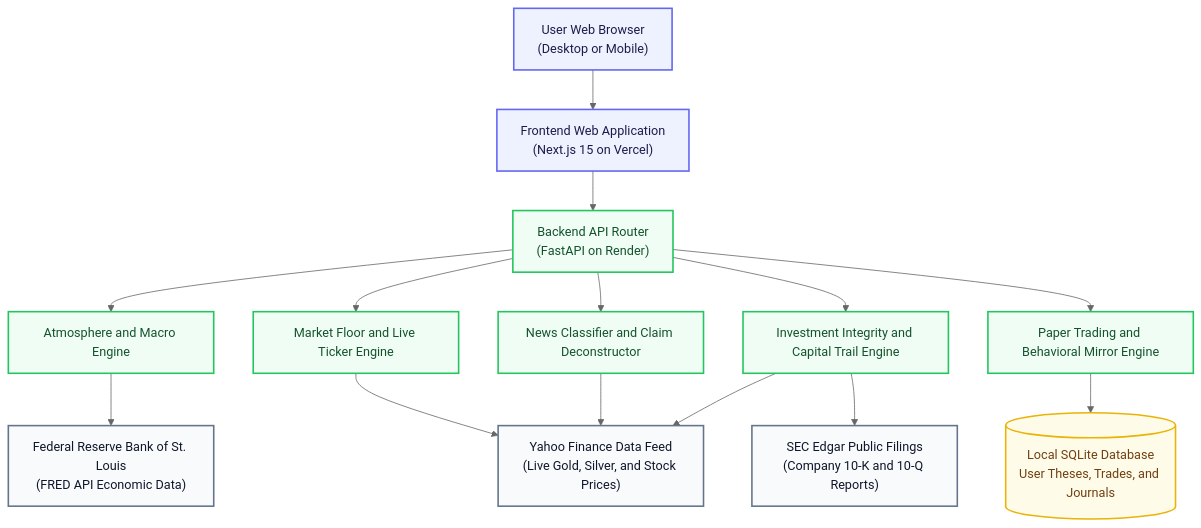
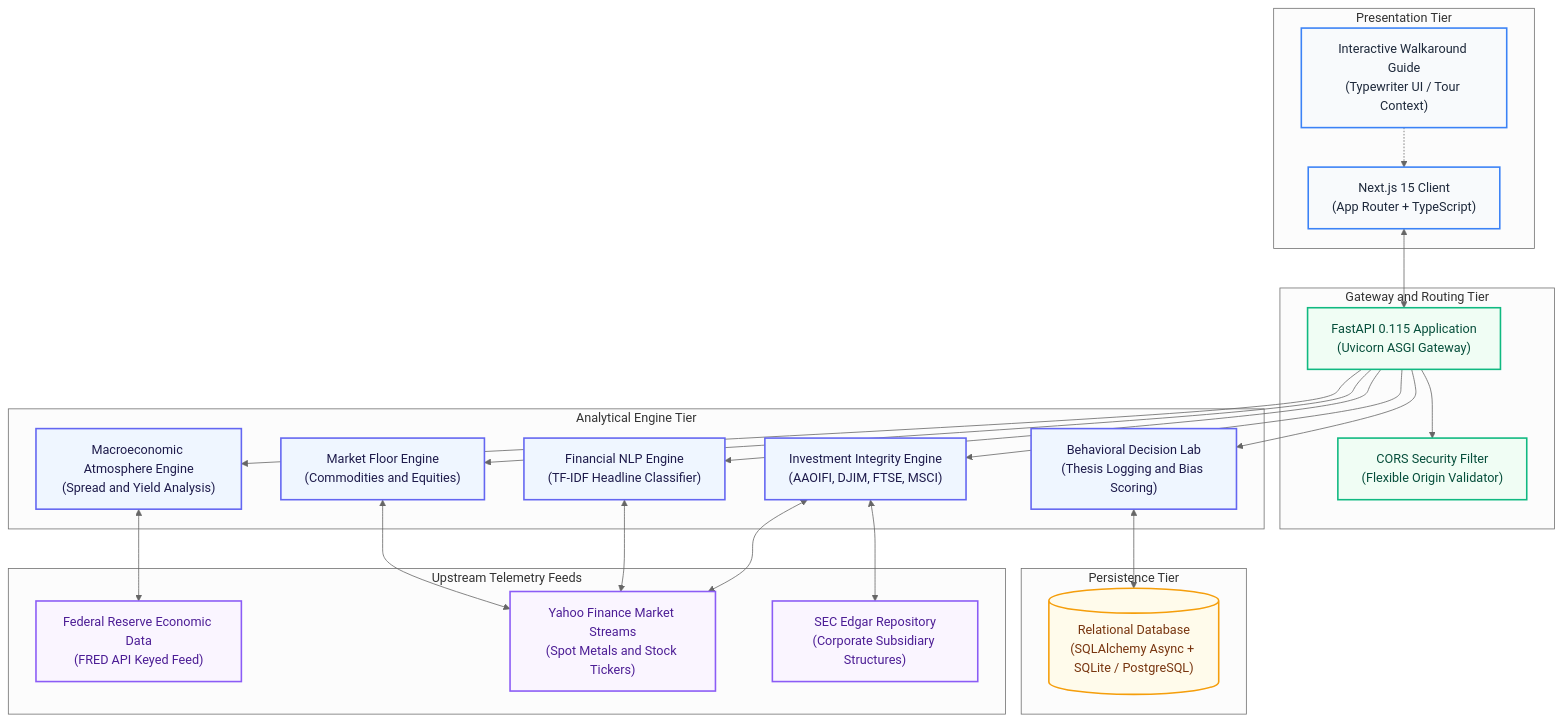
Before and after one commit to Husain-Taher/lucid-observatory: the diagram in README.md, drawn with Mermaid (neutral theme). The commit also changed other lines of this file, not shown here.

Commit message:
docs: overhaul README with enterprise-grade technical specifications and API directory

````diff
--- a/README.md
+++ b/README.md
@@ -76,40 +123,54 @@
 ```mermaid
 flowchart TD
-    classDef client fill:#eef2ff,stroke:#6366f1,stroke-width:2px,color:#1e1b4b;
-    classDef server fill:#f0fdf4,stroke:#22c55e,stroke-width:2px,color:#14532d;
-    classDef database fill:#fefce8,stroke:#eab308,stroke-width:2px,color:#713f12;
-    classDef external fill:#f8fafc,stroke:#64748b,stroke-width:2px,color:#0f172a;
+    classDef client fill:#f8fafc,stroke:#3b82f6,stroke-width:2px,color:#1e293b;
+    classDef gateway fill:#f0fdf4,stroke:#10b981,stroke-width:2px,color:#064e3b;
+    classDef core fill:#eff6ff,stroke:#6366f1,stroke-width:2px,color:#1e1b4b;
+    classDef persistence fill:#fffbeb,stroke:#f59e0b,stroke-width:2px,color:#78350f;
+    classDef telemetry fill:#faf5ff,stroke:#8b5cf6,stroke-width:2px,color:#4c1d95;
 
-    User["User Web Browser\n(Desktop or Mobile)"]:::client
-    NextApp["Frontend Web Application\n(Next.js 15 on Vercel)"]:::client
+    subgraph Presentation ["Presentation Tier"]
+        ClientApp["Next.js 15 Client\n(App Router + TypeScript)"]:::client
+        GuideModule["Interactive Walkaround Guide\n(Typewriter UI / Tour Context)"]:::client
+    end
 
-    ApiGateway["Backend API Router\n(FastAPI on Render)"]:::server
+    subgraph Gateway ["Gateway and Routing Tier"]
+        FastApiServer["FastAPI 0.115 Application\n(Uvicorn ASGI Gateway)"]:::gateway
+        CorsSecurity["CORS Security Filter\n(Flexible Origin Validator)"]:::gateway
+    end
 
-    Engine1["Atmosphere and Macro Engine"]:::server
-    Engine2["Market Floor and Live Ticker Engine"]:::server
-    Engine3["News Classifier and Claim Deconstructor"]:::server
-    Engine4["Investment Integrity and Capital Trail Engine"]:::server
-    Engine5["Paper Trading and Behavioral Mirror Engine"]:::server
+    subgraph Engines ["Analytical Engine Tier"]
+        MacroEngine["Macroeconomic Atmosphere Engine\n(Spread and Yield Analysis)"]:::core
+        MarketEngine["Market Floor Engine\n(Commodities and Equities)"]:::core
+        NlpEngine["Financial NLP Engine\n(TF-IDF Headline Classifier)"]:::core
+        IntegrityEngine["Investment Integrity Engine\n(AAOIFI, DJIM, FTSE, MSCI)"]:::core
+        BehaviorEngine["Behavioral Decision Lab\n(Thesis Logging and Bias Scoring)"]:::core
+    end
 
-    DB[("Local SQLite Database\nUser Theses, Trades, and Journals")]:::database
+    subgraph Storage ["Persistence Tier"]
+        DbLayer[("Relational Database\n(SQLAlchemy Async + SQLite / PostgreSQL)")]:::persistence
+    end
 
-    FRED["Federal Reserve Bank of St. Louis\n(FRED API Economic Data)"]:::external
-    Yahoo["Yahoo Finance Data Feed\n(Live Gold, Silver, and Stock Prices)"]:::external
-    SEC["SEC Edgar Public Filings\n(Company 10-K and 10-Q Reports)"]:::external
+    subgraph Telemetry ["Upstream Telemetry Feeds"]
+        FredApi["Federal Reserve Economic Data\n(FRED API Keyed Feed)"]:::telemetry
+        MarketFeed["Yahoo Finance Market Streams\n(Spot Metals and Stock Tickers)"]:::telemetry
+        SecFeed["SEC Edgar Repository\n(Corporate Subsidiary Structures)"]:::telemetry
+    end
 
-    User --> NextApp
-    NextApp --> ApiGateway
+    ClientApp <--> FastApiServer
+    GuideModule -.-> ClientApp
+    FastApiServer --> CorsSecurity
 
-    ApiGateway --> Engine1
-    ApiGateway --> Engine2
-    ApiGateway --> Engine3
-    ApiGateway --> Engine4
-    ApiGateway --> Engine5
+    FastApiServer --> MacroEngine
+    FastApiServer --> MarketEngine
+    FastApiServer --> NlpEngine
+    FastApiServer --> IntegrityEngine
+    FastApiServer --> BehaviorEngine
 
-    Engine1 --> FRED
-    Engine2 --> Yahoo
-    Engine3 --> Yahoo
-    Engine4 --> SEC
-    Engine4 --> Yahoo
-    Engine5 --> DB
+    MacroEngine <--> FredApi
+    MarketEngine <--> MarketFeed
+    NlpEngine <--> MarketFeed
+    IntegrityEngine <--> SecFeed
+    IntegrityEngine <--> MarketFeed
+
+    BehaviorEngine <--> DbLayer
 ```
````
